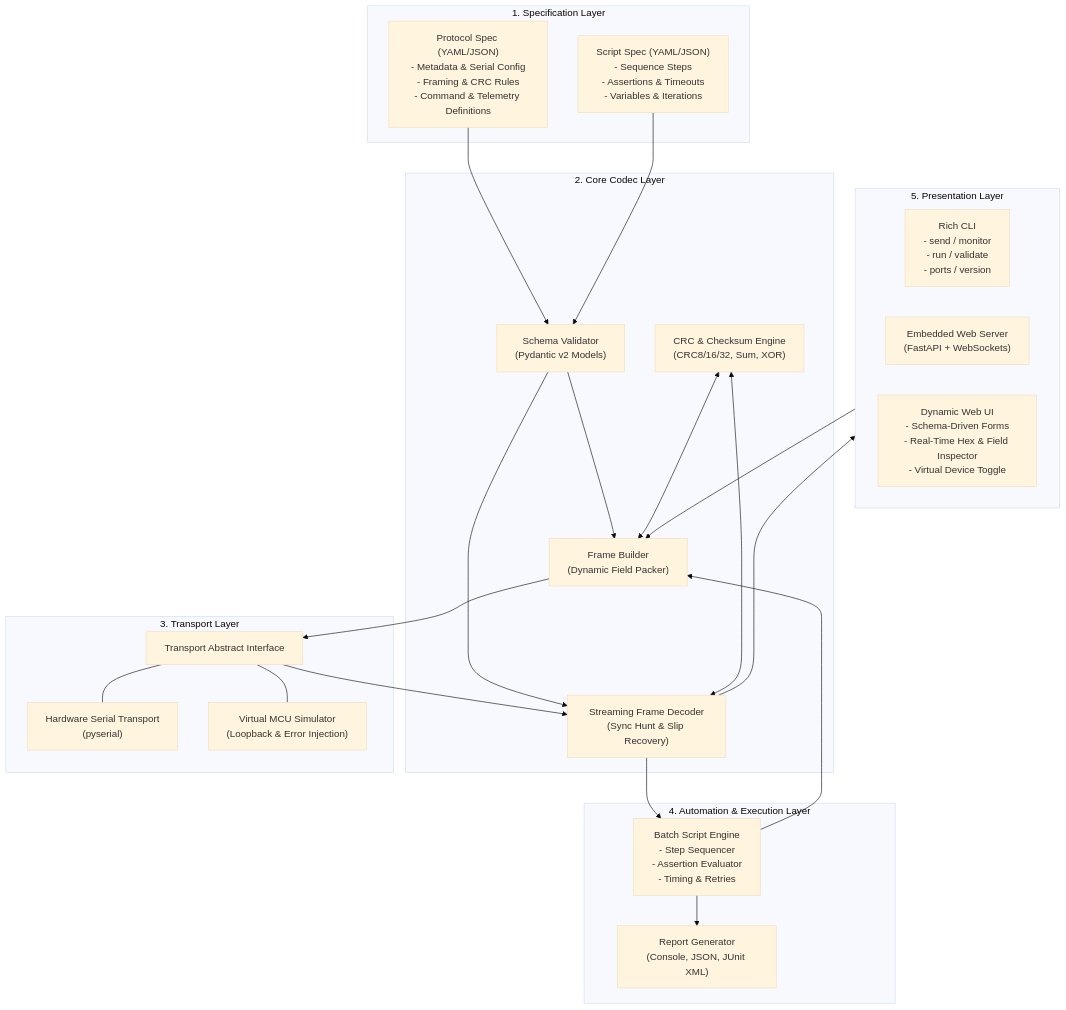
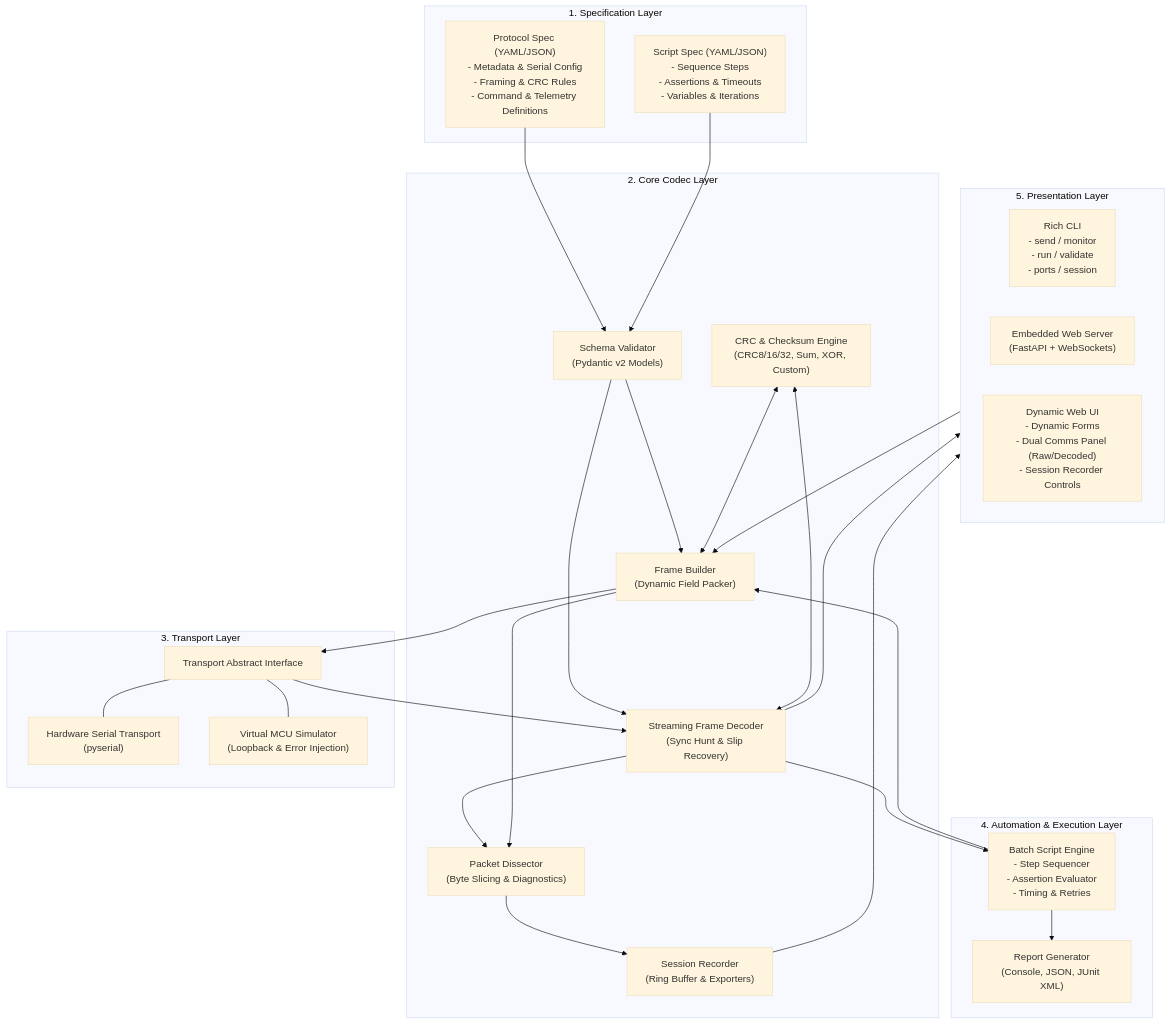
One commit to markbac/omni-uart changed the first of 3 diagrams in docs/architecture/system-architecture.md. Above: the diagram before and after it, drawn with Mermaid (base theme). The commit also changed other lines of this file and 14 other files, not shown here.

Commit message:
docs(diagrams): add C4 PlantUML diagrams and expand Comms Panel design (raw/decoded/split) (#14)

````diff
--- a/docs/architecture/system-architecture.md
+++ b/docs/architecture/system-architecture.md
@@ -24,52 +24,59 @@
 ```mermaid
 flowchart TD
     subgraph SpecLayer["1. Specification Layer"]
         P_YAML["Protocol Spec (YAML/JSON)\n- Metadata & Serial Config\n- Framing & CRC Rules\n- Command & Telemetry Definitions"]
         S_YAML["Script Spec (YAML/JSON)\n- Sequence Steps\n- Assertions & Timeouts\n- Variables & Iterations"]
     end
 
     subgraph CoreLayer["2. Core Codec Layer"]
         SchemaValidator["Schema Validator\n(Pydantic v2 Models)"]
         StreamDecoder["Streaming Frame Decoder\n(Sync Hunt & Slip Recovery)"]
         PacketBuilder["Frame Builder\n(Dynamic Field Packer)"]
-        CRCEngine["CRC & Checksum Engine\n(CRC8/16/32, Sum, XOR)"]
+        CRCEngine["CRC & Checksum Engine\n(CRC8/16/32, Sum, XOR, Custom)"]
+        Dissector["Packet Dissector\n(Byte Slicing & Diagnostics)"]
+        Recorder["Session Recorder\n(Ring Buffer & Exporters)"]
     end
 
     subgraph TransportLayer["3. Transport Layer"]
         TransportInterface["Transport Abstract Interface"]
         SerialTransport["Hardware Serial Transport\n(pyserial)"]
         VirtualTransport["Virtual MCU Simulator\n(Loopback & Error Injection)"]
     end
 
     subgraph RunnerLayer["4. Automation & Execution Layer"]
         ScriptEngine["Batch Script Engine\n- Step Sequencer\n- Assertion Evaluator\n- Timing & Retries"]
         ReportGen["Report Generator\n(Console, JSON, JUnit XML)"]
     end
 
     subgraph PresentationLayer["5. Presentation Layer"]
-        CLI["Rich CLI\n- send / monitor\n- run / validate\n- ports / version"]
+        CLI["Rich CLI\n- send / monitor\n- run / validate\n- ports / session"]
         WebServer["Embedded Web Server\n(FastAPI + WebSockets)"]
-        WebUI["Dynamic Web UI\n- Schema-Driven Forms\n- Real-Time Hex & Field Inspector\n- Virtual Device Toggle"]
+        WebUI["Dynamic Web UI\n- Dynamic Forms\n- Dual Comms Panel (Raw/Decoded)\n- Session Recorder Controls"]
     end
 
     P_YAML --> SchemaValidator
     S_YAML --> SchemaValidator
     SchemaValidator --> PacketBuilder
     SchemaValidator --> StreamDecoder
 
     CRCEngine <--> PacketBuilder
     CRCEngine <--> StreamDecoder
 
     PacketBuilder --> TransportInterface
     TransportInterface --> StreamDecoder
 
     TransportInterface --- SerialTransport
     TransportInterface --- VirtualTransport
 
+    StreamDecoder --> Dissector
+    PacketBuilder --> Dissector
+    Dissector --> Recorder
+
     ScriptEngine --> PacketBuilder
     StreamDecoder --> ScriptEngine
     ScriptEngine --> ReportGen
 
     PresentationLayer --> PacketBuilder
     StreamDecoder --> PresentationLayer
+    Recorder --> PresentationLayer
 ```
````
